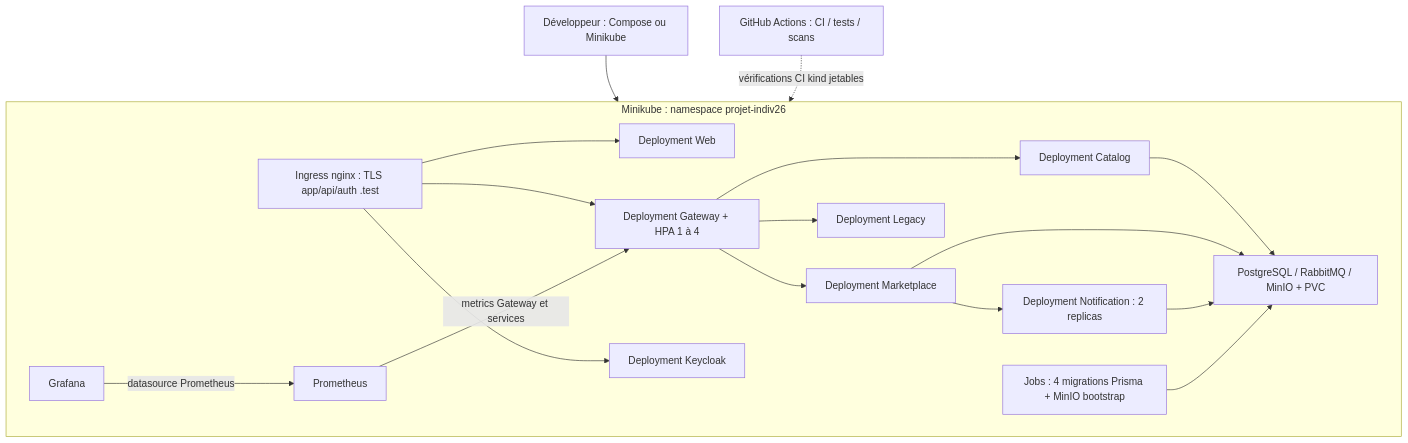
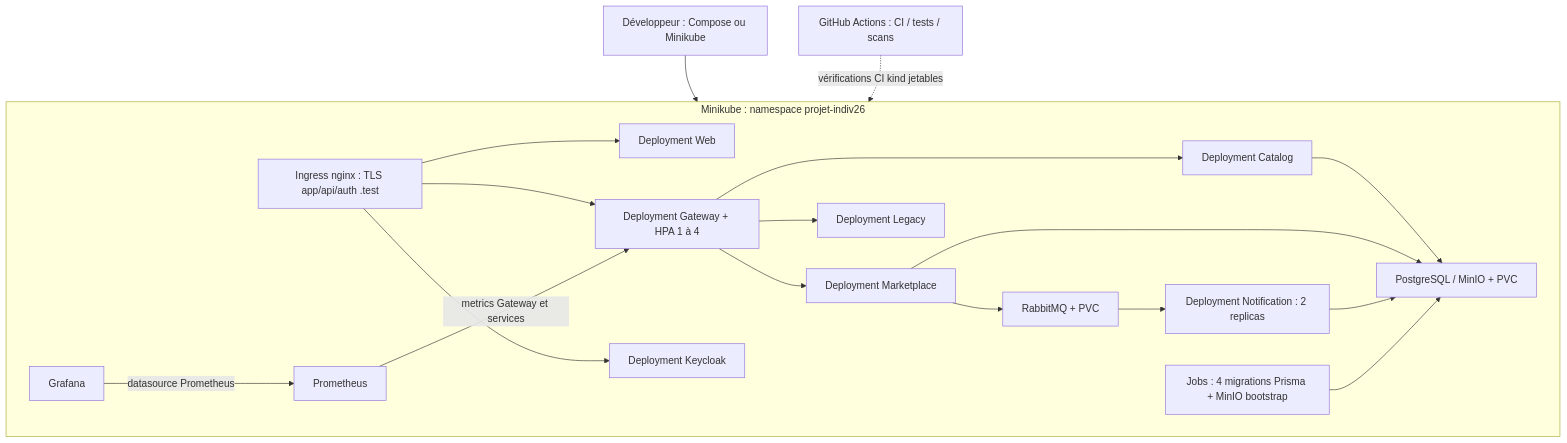
The sixth of 6 diagrams in docs/24-m10-architecture-finale.md (BALLOPROTEL/Projet_indiV26-espace-com-troc-don), drawn with Mermaid before and after one commit. The commit also changed other lines of this file, not shown here.

Commit message:
docs(#57): model RabbitMQ explicitly in Kubernetes topology, remove shortcut

````diff
--- a/docs/24-m10-architecture-finale.md
+++ b/docs/24-m10-architecture-finale.md
@@ -276,34 +276,36 @@
 ```mermaid
 flowchart TB
     DEV["Développeur : Compose ou Minikube"]
     GH["GitHub Actions : CI / tests / scans"]
     subgraph K8S["Minikube : namespace projet-indiv26"]
       ING["Ingress nginx : TLS app/api/auth .test"]
       WEB["Deployment Web"]
       GW["Deployment Gateway + HPA 1 à 4"]
       CAT["Deployment Catalog"]
       MAR["Deployment Marketplace"]
       NOT["Deployment Notification : 2 replicas"]
       LEG["Deployment Legacy"]
       KC["Deployment Keycloak"]
-      INF["PostgreSQL / RabbitMQ / MinIO + PVC"]
+      INF["PostgreSQL / MinIO + PVC"]
+      RMQ["RabbitMQ + PVC"]
       JOB["Jobs : 4 migrations Prisma + MinIO bootstrap"]
       PRO["Prometheus"]
       GRAF["Grafana"]
     end
     DEV --> K8S
     GH -.->|"vérifications CI kind jetables"| K8S
     ING --> WEB
     ING --> GW
     ING --> KC
     GW --> CAT
     GW --> MAR
     GW --> LEG
-    MAR --> NOT
+    MAR --> RMQ
+    RMQ --> NOT
     CAT --> INF
     MAR --> INF
     NOT --> INF
     JOB --> INF
     PRO -->|"metrics Gateway et services"| GW
     GRAF -->|"datasource Prometheus"| PRO
 ```
````
